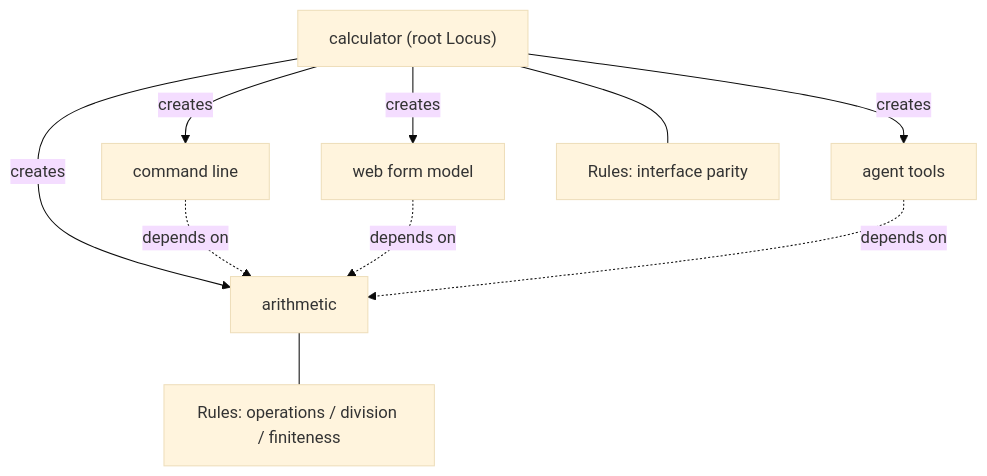
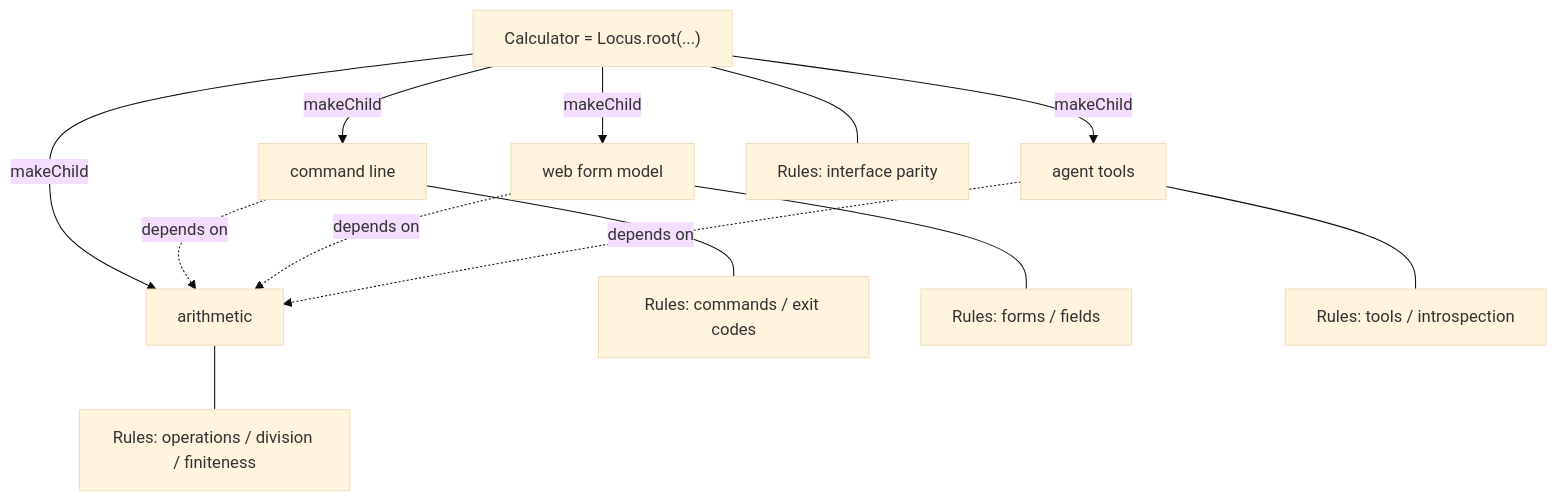
Before and after one commit to unknownlab/telos: the diagram in kitty-specs/m1-framework-rewrite-01M5T5BT/spec.md, drawn with Mermaid (base theme). The commit also changed other lines of this file and 18 other files, not shown here.

````diff
--- a/kitty-specs/m1-framework-rewrite-01M5T5BT/spec.md
+++ b/kitty-specs/m1-framework-rewrite-01M5T5BT/spec.md
@@ -22,13 +21,16 @@
 ```mermaid
 flowchart TD
-  Root["calculator (root Locus)"]
-  Root -->|creates| Arith["arithmetic"]
-  Root -->|creates| Cli["command line"]
-  Root -->|creates| Web["web form model"]
-  Root -->|creates| Agent["agent tools"]
+  Root["Calculator = Locus.root(...)"]
+  Root -->|makeChild| Arith["arithmetic"]
+  Root -->|makeChild| Cli["command line"]
+  Root -->|makeChild| Web["web form model"]
+  Root -->|makeChild| Agent["agent tools"]
   Cli -.->|depends on| Arith
   Web -.->|depends on| Arith
   Agent -.->|depends on| Arith
   Arith --- ArithRules["Rules: operations / division / finiteness"]
+  Cli --- CliRules["Rules: commands / exit codes"]
+  Web --- WebRules["Rules: forms / fields"]
+  Agent --- AgentRules["Rules: tools / introspection"]
   Root --- AppRules["Rules: interface parity"]
 ```
````
